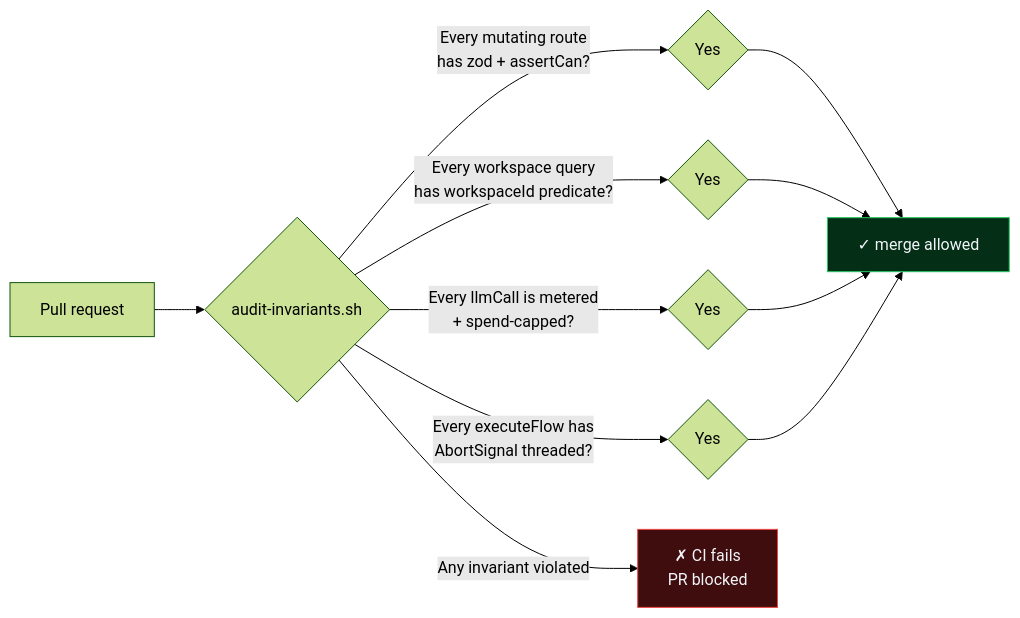
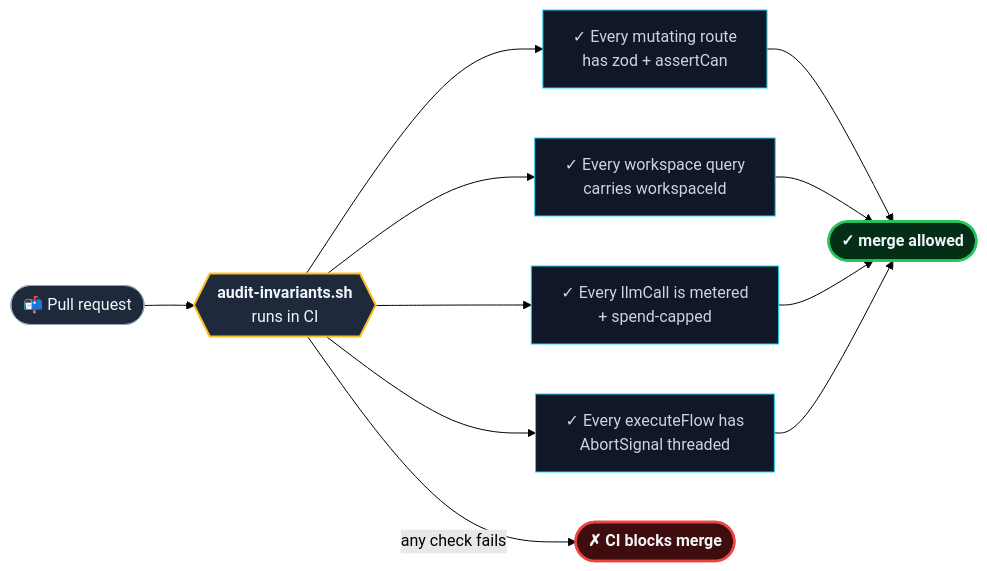
One commit to lucasmailland/orchester changed the third of 4 diagrams in README.md. Above: the diagram before and after it, drawn with Mermaid (forest theme). The commit also changed other lines of this file and 2 other files, not shown here.

````diff
--- a/README.md
+++ b/README.md
@@ -136,13 +204,25 @@
 ```mermaid
 flowchart LR
-    PR[Pull request] --> CI{audit-invariants.sh}
-    CI -- "Every mutating route<br>has zod + assertCan?" --> Q1{Yes}
-    CI -- "Every workspace query<br>has workspaceId predicate?" --> Q2{Yes}
-    CI -- "Every llmCall is metered<br>+ spend-capped?" --> Q3{Yes}
-    CI -- "Every executeFlow has<br>AbortSignal threaded?" --> Q4{Yes}
-    Q1 & Q2 & Q3 & Q4 --> PASS[✓ merge allowed]
-    CI -- "Any invariant violated" --> FAIL[✗ CI fails<br>PR blocked]
+    PR(["📬 Pull request"]) --> CI{{"<b>audit-invariants.sh</b><br/>runs in CI"}}
 
-    style PASS fill:#052e16,stroke:#22c55e,color:#f1f5f9
-    style FAIL fill:#3f0d0d,stroke:#ef4444,color:#f1f5f9
+    CI --> C1["✓ Every mutating route<br/>has zod + assertCan"]
+    CI --> C2["✓ Every workspace query<br/>carries workspaceId"]
+    CI --> C3["✓ Every llmCall is metered<br/>+ spend-capped"]
+    CI --> C4["✓ Every executeFlow has<br/>AbortSignal threaded"]
+
+    C1 --> PASS(["<b>✓ merge allowed</b>"])
+    C2 --> PASS
+    C3 --> PASS
+    C4 --> PASS
+
+    CI -- any check fails --> FAIL(["<b>✗ CI blocks merge</b>"])
+
+    style PR fill:#1e293b,stroke:#94a3b8,color:#f1f5f9
+    style CI fill:#1e293b,stroke:#fbbf24,color:#f1f5f9,stroke-width:2px
+    style PASS fill:#052e16,stroke:#22c55e,color:#f1f5f9,stroke-width:2.5px
+    style FAIL fill:#3f0d0d,stroke:#ef4444,color:#f1f5f9,stroke-width:2.5px
+    style C1 fill:#0f1729,stroke:#22d3ee,color:#cbd5e1
+    style C2 fill:#0f1729,stroke:#22d3ee,color:#cbd5e1
+    style C3 fill:#0f1729,stroke:#22d3ee,color:#cbd5e1
+    style C4 fill:#0f1729,stroke:#22d3ee,color:#cbd5e1
 ```
````
